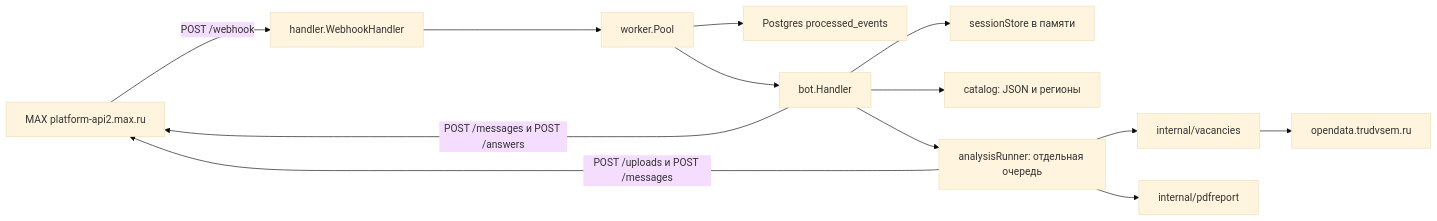
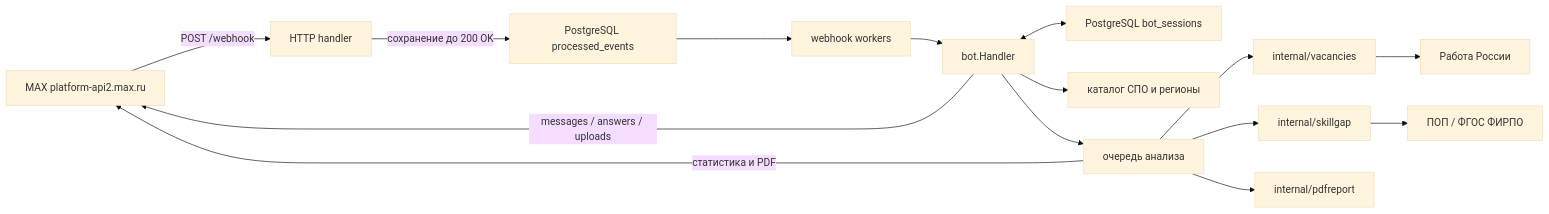
One commit to sssfind/Max-hack changed the first of 2 diagrams in docs/architecture.md. Above: the diagram before and after it, drawn with Mermaid (base theme). The commit also changed other lines of this file and 84 other files, not shown here.

````diff
--- a/docs/architecture.md
+++ b/docs/architecture.md
@@ -9,15 +9,17 @@
 ```mermaid
 flowchart LR
-  MAX["MAX platform-api2.max.ru"] -->|"POST /webhook"| WH["handler.WebhookHandler"]
-  WH --> Pool["worker.Pool"]
-  Pool --> PG["Postgres processed_events"]
-  Pool --> Bot["bot.Handler"]
-  Bot --> Sess["sessionStore в памяти"]
-  Bot --> Cat["catalog: JSON и регионы"]
-  Bot --> Analyze["analysisRunner: отдельная очередь"]
-  Analyze --> Vac["internal/vacancies"]
-  Vac --> Trud["opendata.trudvsem.ru"]
-  Analyze --> PDF["internal/pdfreport"]
-  Bot -->|"POST /messages и POST /answers"| MAX
-  Analyze -->|"POST /uploads и POST /messages"| MAX
+  MAX["MAX platform-api2.max.ru"] -->|"POST /webhook"| HTTP["HTTP handler"]
+  HTTP -->|"сохранение до 200 OK"| Inbox["PostgreSQL processed_events"]
+  Inbox --> Workers["webhook workers"]
+  Workers --> Bot["bot.Handler"]
+  Bot <--> Sessions["PostgreSQL bot_sessions"]
+  Bot --> Catalog["каталог СПО и регионы"]
+  Bot --> Queue["очередь анализа"]
+  Queue --> Vac["internal/vacancies"]
+  Vac --> Trud["Работа России"]
+  Queue --> Gap["internal/skillgap"]
+  Gap --> FIRPO["ПОП / ФГОС ФИРПО"]
+  Queue --> PDF["internal/pdfreport"]
+  Bot -->|"messages / answers / uploads"| MAX
+  Queue -->|"статистика и PDF"| MAX
 ```
````
